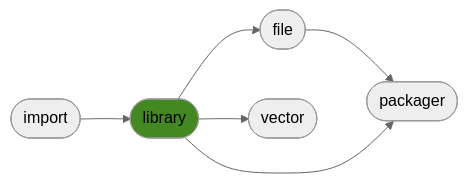
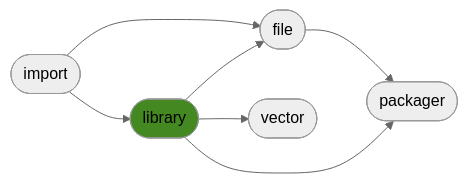
The diagram in README.md (ManderaGeneral/generallibrary), drawn with Mermaid (neutral theme) before and after one commit. The commit also changed other lines of this file, not shown here.

````diff
--- a/README.md
+++ b/README.md
@@ -16,14 +16,15 @@
 ```mermaid
 flowchart LR
 2([file]) --> 4([packager])
+1([library]) --> 4([packager])
 0([import]) --> 1([library])
-1([library]) --> 4([packager])
+0([import]) --> 2([file])
+1([library]) --> 2([file])
 1([library]) --> 3([vector])
-1([library]) --> 2([file])
 click 0 "https://github.com/ManderaGeneral/generalimport"
 click 1 "https://github.com/ManderaGeneral/generallibrary"
 click 2 "https://github.com/ManderaGeneral/generalfile"
 click 3 "https://github.com/ManderaGeneral/generalvector"
 click 4 "https://github.com/ManderaGeneral/generalpackager"
 style 1 fill:#482
 ```
````
